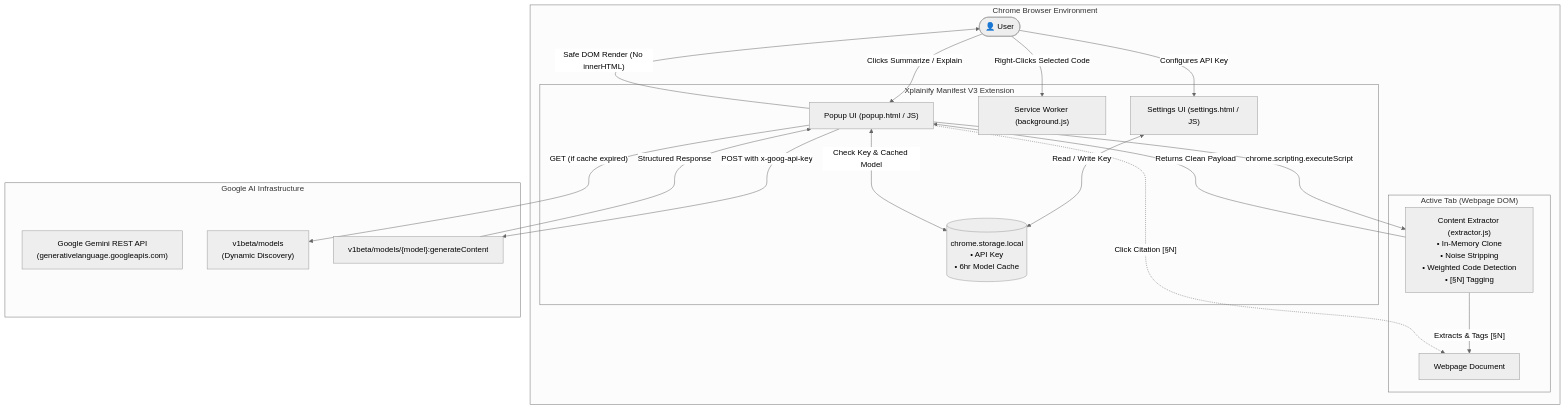
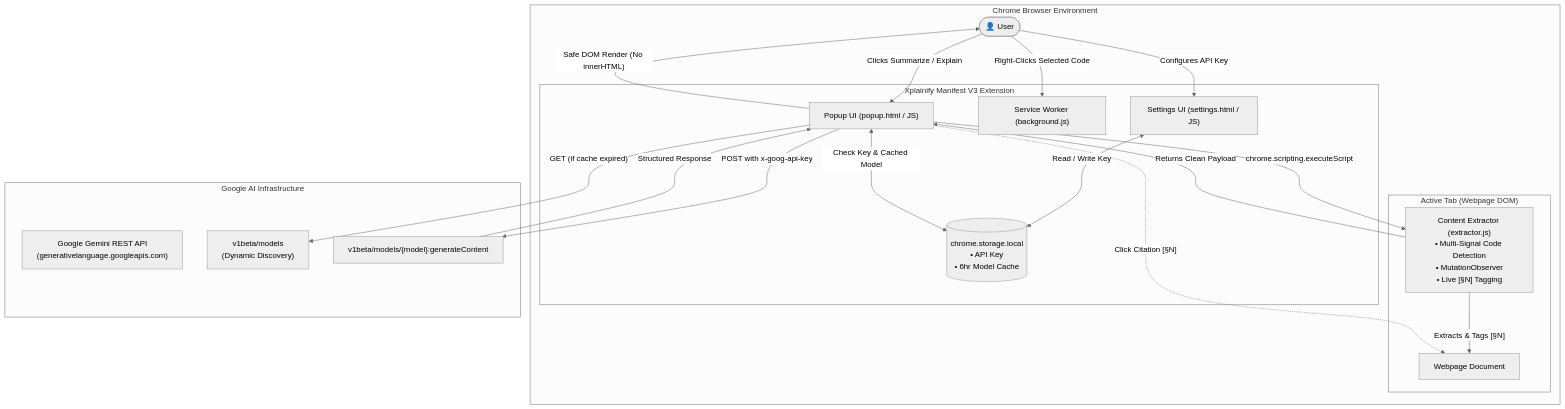
The second of 2 diagrams in README.md (SiddheshK1704/Xplainify), drawn with Mermaid (neutral theme) before and after one commit. The commit also changed other lines of this file, not shown here.

````diff
--- a/README.md
+++ b/README.md
@@ -141,43 +143,43 @@
 ```mermaid
 flowchart TD
     subgraph Browser ["Chrome Browser Environment"]
         User(["👤 User"])
         
         subgraph ExtensionContext ["Xplainify Manifest V3 Extension"]
             Popup["Popup UI (popup.html / JS)"]
             Background["Service Worker (background.js)"]
             Settings["Settings UI (settings.html / JS)"]
             LocalStorage[("chrome.storage.local\n• API Key\n• 6hr Model Cache")]
         end
         
         subgraph HostPage ["Active Tab (Webpage DOM)"]
             HostDOM["Webpage Document"]
-            Extractor["Content Extractor (extractor.js)\n• In-Memory Clone\n• Noise Stripping\n• Weighted Code Detection\n• [§N] Tagging"]
+            Extractor["Content Extractor (extractor.js)\n• Multi-Signal Code Detection\n• MutationObserver\n• Live [§N] Tagging"]
         end
     end
 
     subgraph GoogleCloud ["Google AI Infrastructure"]
         GeminiAPI["Google Gemini REST API\n(generativelanguage.googleapis.com)"]
         ModelsEndpoint["v1beta/models\n(Dynamic Discovery)"]
         GenerateEndpoint["v1beta/models/{model}:generateContent"]
     end
 
     User -->|"Clicks Summarize / Explain"| Popup
     User -->|"Right-Clicks Selected Code"| Background
     User -->|"Configures API Key"| Settings
     
     Settings <-->|"Read / Write Key"| LocalStorage
     Popup <-->|"Check Key & Cached Model"| LocalStorage
     
     Popup -->|"chrome.scripting.executeScript"| Extractor
     Extractor -->|"Extracts & Tags [§N]"| HostDOM
     Extractor -->|"Returns Clean Payload"| Popup
     
     Popup -->|"GET (if cache expired)"| ModelsEndpoint
     Popup -->|"POST with x-goog-api-key"| GenerateEndpoint
     
     GenerateEndpoint -->|"Structured Response"| Popup
     Popup -->|"Safe DOM Render (No innerHTML)"| User
     
     Popup -.->|"Click Citation [§N]"| HostDOM
 ```
````
